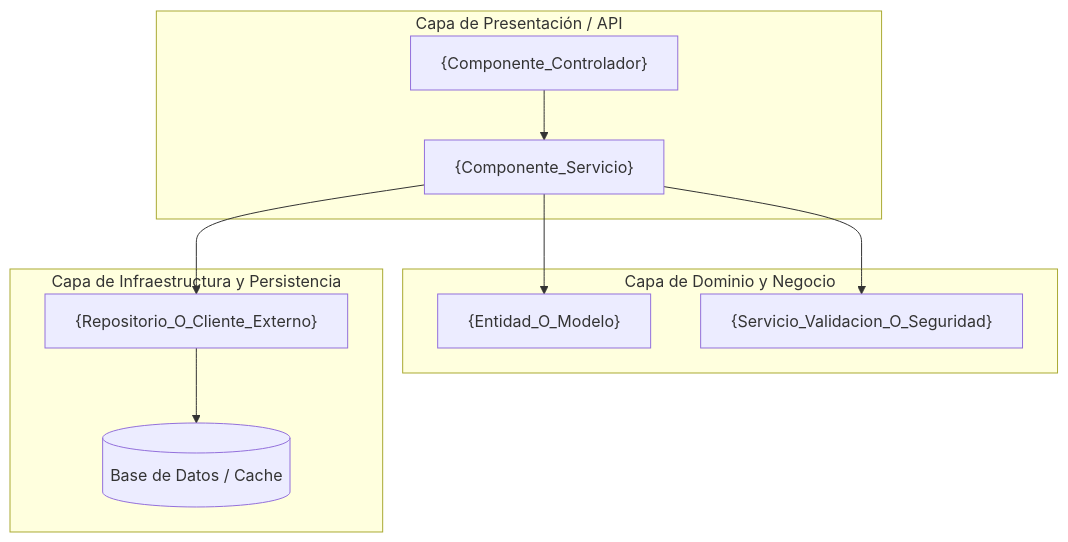
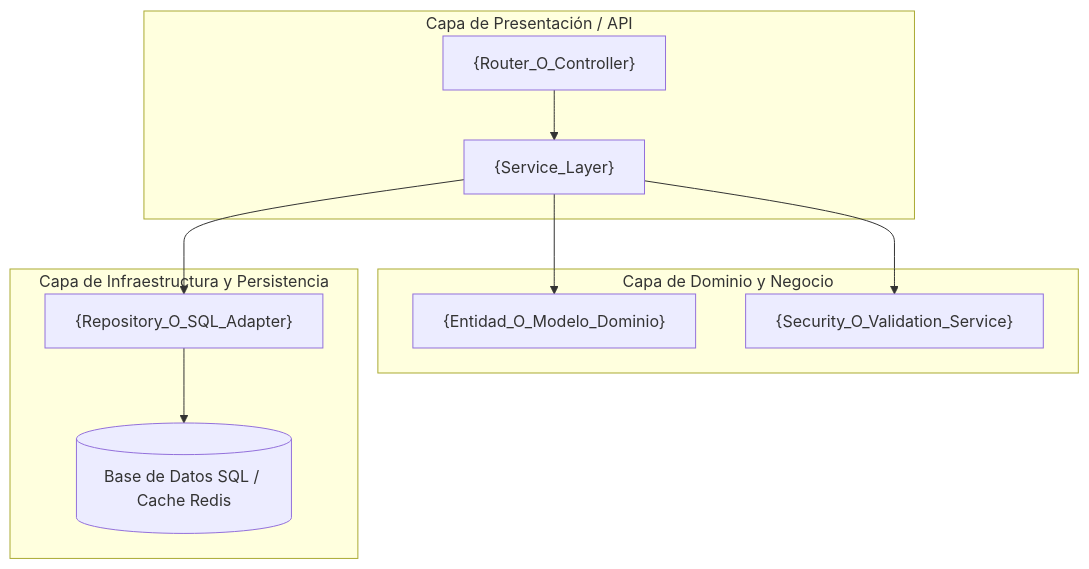
One commit to statico-statico/test_skill_to_auto_sdlc changed the first of 2 diagrams in .github/skills/sdlc-automation/templates/diseño.md. Above: the diagram before and after it, drawn with Mermaid. The commit also changed other lines of this file and 16 other files, not shown here.

````diff
--- a/.github/skills/sdlc-automation/templates/diseño.md
+++ b/.github/skills/sdlc-automation/templates/diseño.md
@@ -13,16 +13,16 @@
 ```mermaid
 graph TD
     subgraph "Capa de Presentación / API"
-        A["{Componente_Controlador}"] --> B["{Componente_Servicio}"]
+        A["{Router_O_Controller}"] --> B["{Service_Layer}"]
     end
 
     subgraph "Capa de Dominio y Negocio"
-        B --> C["{Entidad_O_Modelo}"]
-        B --> D["{Servicio_Validacion_O_Seguridad}"]
+        B --> C["{Entidad_O_Modelo_Dominio}"]
+        B --> D["{Security_O_Validation_Service}"]
     end
 
     subgraph "Capa de Infraestructura y Persistencia"
-        B --> E["{Repositorio_O_Cliente_Externo}"]
-        E --> F[("Base de Datos / Cache")]
+        B --> E["{Repository_O_SQL_Adapter}"]
+        E --> F[("Base de Datos SQL / Cache Redis")]
     end
 ```
````
